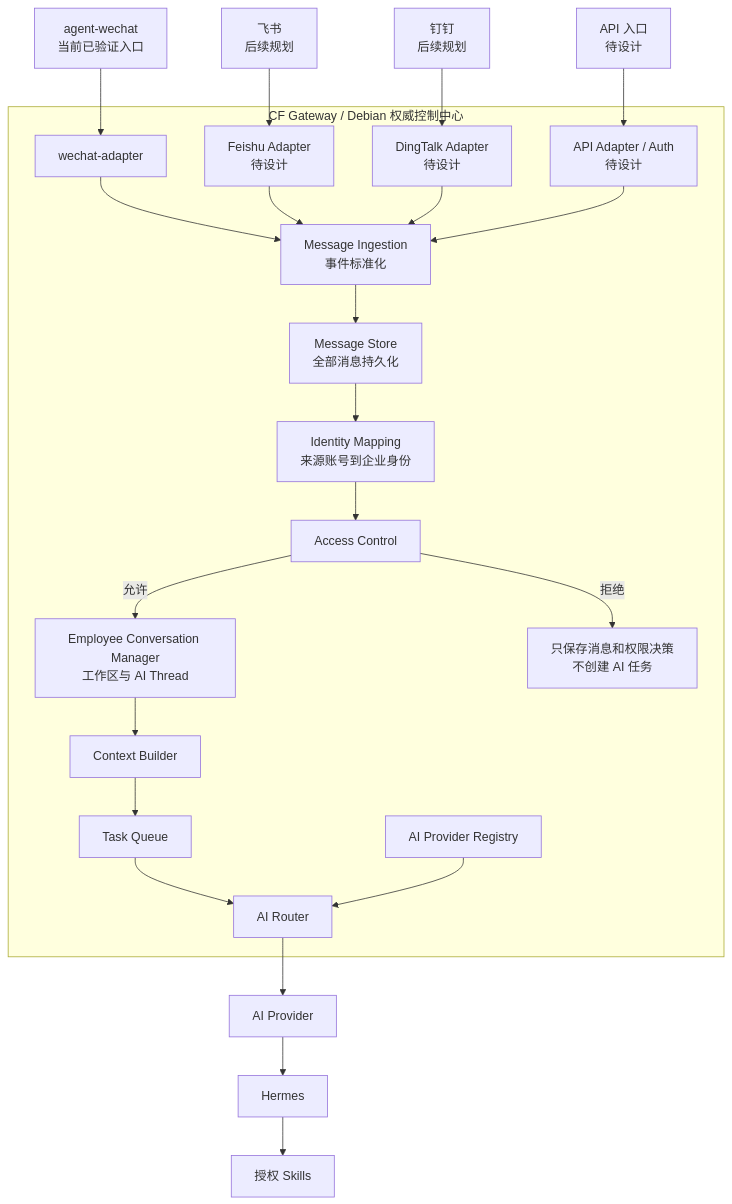
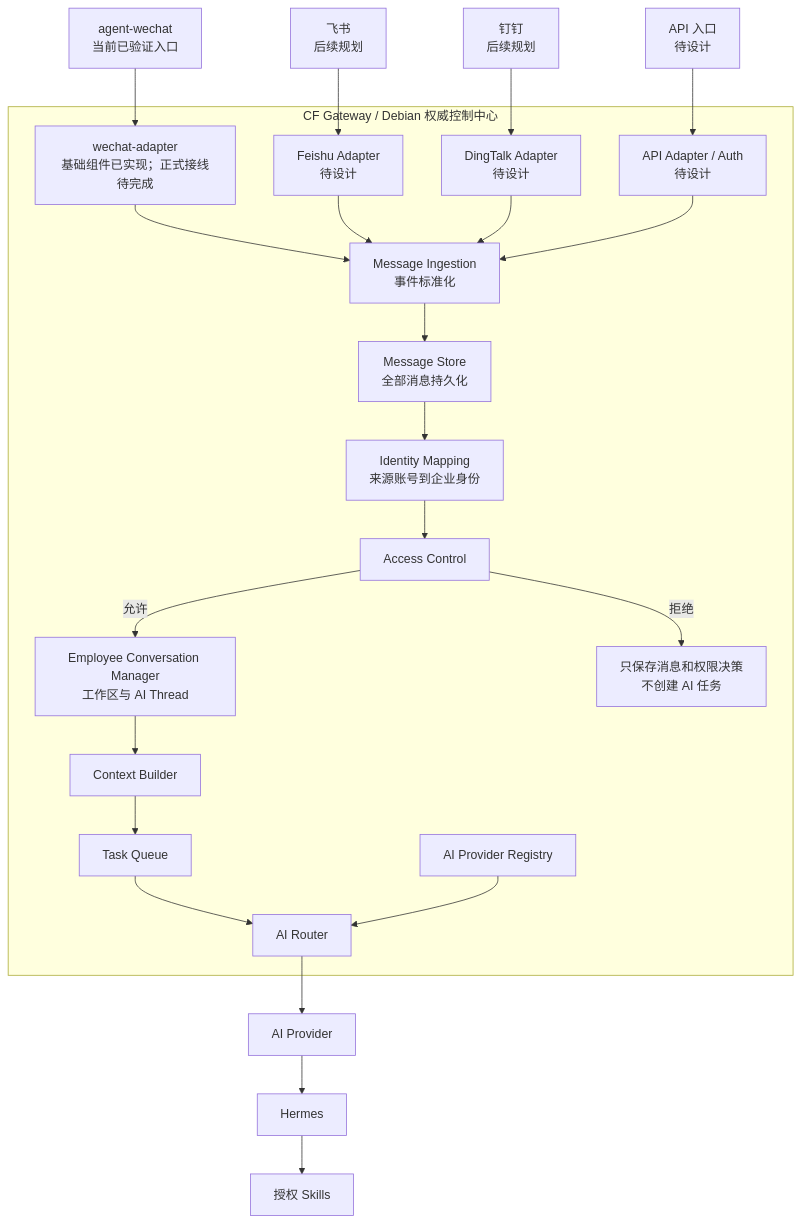
The second of 4 diagrams in architecture/gateway-architecture.md (Tangbohu09527/CF_ecommerce-automation-docs), drawn with Mermaid before and after one commit. The commit also changed other lines of this file and 8 other files, not shown here.

````diff
--- a/architecture/gateway-architecture.md
+++ b/architecture/gateway-architecture.md
@@ -39,27 +39,27 @@
 ```mermaid
 flowchart TB
-    W["agent-wechat<br/>当前已验证入口"] --> WA["wechat-adapter"]
+    W["agent-wechat<br/>当前已验证入口"] --> WA["wechat-adapter<br/>基础组件已实现；正式接线待完成"]
     F["飞书<br/>后续规划"] --> FA["Feishu Adapter<br/>待设计"]
     D["钉钉<br/>后续规划"] --> DA["DingTalk Adapter<br/>待设计"]
     A["API 入口<br/>待设计"] --> AA["API Adapter / Auth<br/>待设计"]
 
     subgraph G["CF Gateway / Debian 权威控制中心"]
         WA --> N["Message Ingestion<br/>事件标准化"]
         FA --> N
         DA --> N
         AA --> N
         N --> M["Message Store<br/>全部消息持久化"]
         M --> IM["Identity Mapping<br/>来源账号到企业身份"]
         IM --> AC["Access Control"]
         AC -->|"允许"| ECM["Employee Conversation Manager<br/>工作区与 AI Thread"]
         AC -->|"拒绝"| R["只保存消息和权限决策<br/>不创建 AI 任务"]
         ECM --> C["Context Builder"]
         C --> T["Task Queue"]
         T --> AR["AI Router"]
         PR["AI Provider Registry"] --> AR
     end
 
     AR --> P["AI Provider"]
     P --> H["Hermes"]
     H --> S["授权 Skills"]
 ```
````
